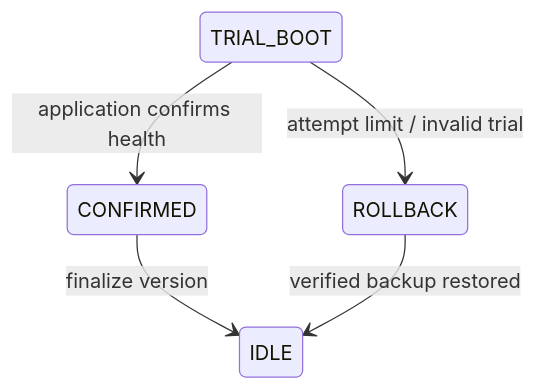
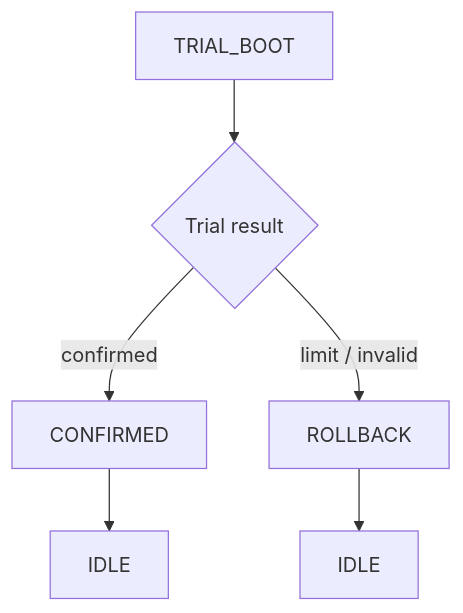
One commit to haikevins/secure-delta-ota-bootloader changed the eighth of 8 diagrams in README.md. Above: the diagram before and after it, drawn with Mermaid. The commit also changed other lines of this file and 11 other files, not shown here.

````diff
--- a/README.md
+++ b/README.md
@@ -224,8 +223,8 @@
 ```mermaid
-stateDiagram-v2
-    direction TB
-    TRIAL_BOOT --> CONFIRMED: application confirms health
-    CONFIRMED --> IDLE: finalize version
-    TRIAL_BOOT --> ROLLBACK: attempt limit / invalid trial
-    ROLLBACK --> IDLE: verified backup restored
+flowchart TB
+    TRIAL["TRIAL_BOOT"] --> OUTCOME{"Trial result"}
+    OUTCOME -->|"confirmed"| CONFIRMED["CONFIRMED"]
+    CONFIRMED --> IDLE1["IDLE"]
+    OUTCOME -->|"limit / invalid"| ROLLBACK["ROLLBACK"]
+    ROLLBACK --> IDLE2["IDLE"]
 ```
````
